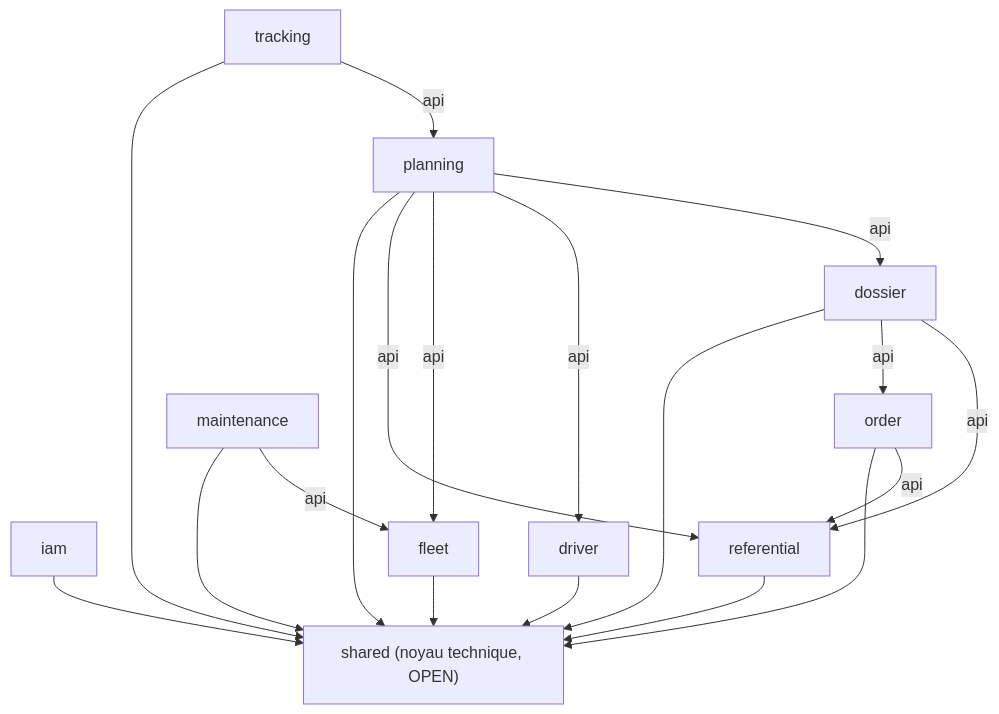
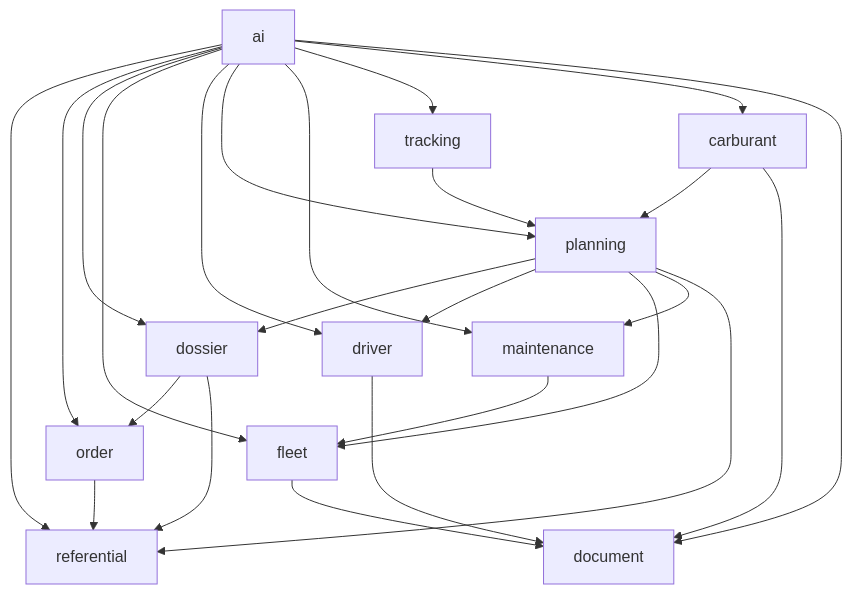
One commit to ibrahim-stitou/logiflow-backend changed the second of 4 diagrams in docs/architecture.md. Above: the diagram before and after it, drawn with Mermaid. The commit also changed other lines of this file and 20 other files, not shown here.

````diff
--- a/docs/architecture.md
+++ b/docs/architecture.md
@@ -27,24 +80,27 @@
 ```mermaid
 graph TD
-    shared["shared (noyau technique, OPEN)"]
-
-    iam --> shared
-    referential --> shared
-    fleet --> shared
-    driver --> shared
-    order --> shared
-    dossier --> shared
-    planning --> shared
-    maintenance --> shared
-    tracking --> shared
-
-    order -->|api| referential
-    dossier -->|api| order
-    dossier -->|api| referential
-    planning -->|api| referential
-    planning -->|api| fleet
-    planning -->|api| driver
-    planning -->|api| dossier
-    maintenance -->|api| fleet
-    tracking -->|api| planning
+    order --> referential
+    dossier --> order
+    dossier --> referential
+    fleet --> document
+    driver --> document
+    maintenance --> fleet
+    planning --> dossier
+    planning --> driver
+    planning --> fleet
+    planning --> maintenance
+    planning --> referential
+    carburant --> planning
+    carburant --> document
+    tracking --> planning
+    ai --> referential
+    ai --> order
+    ai --> dossier
+    ai --> fleet
+    ai --> driver
+    ai --> planning
+    ai --> maintenance
+    ai --> tracking
+    ai --> carburant
+    ai --> document
 ```
````
